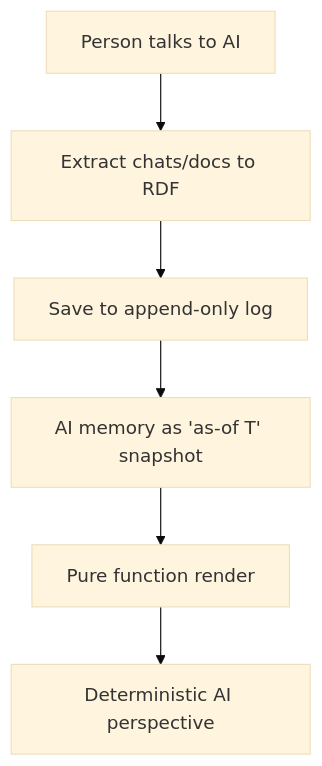
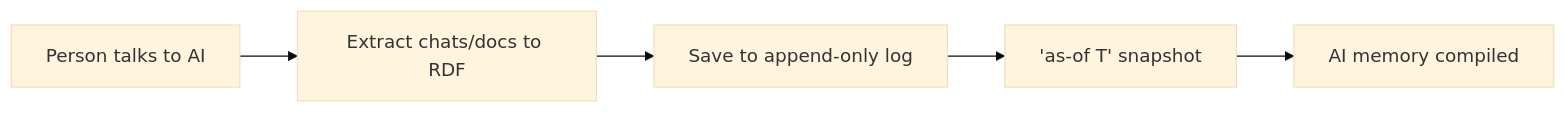
Before and after one commit to Synthetic-Identity-Co/conj-talk-2025: the second of 3 diagrams in conj-talk-2025.md, drawn with Mermaid (base theme). The commit also changed other lines of this file, not shown here.

````diff
--- a/conj-talk-2025.md
+++ b/conj-talk-2025.md
@@ -238,8 +216,7 @@
 ```mermaid
-graph TD
+graph LR
     A[Person talks to AI] --> B[Extract chats/docs to RDF]
     B --> C[Save to append-only log]
-    C --> D[AI memory as 'as-of T' snapshot]
-    D --> E[Pure function render]
-    E --> F[Deterministic AI perspective]
+    C --> D['as-of T' snapshot]
+    D --> E[AI memory compiled]
 ```
````
